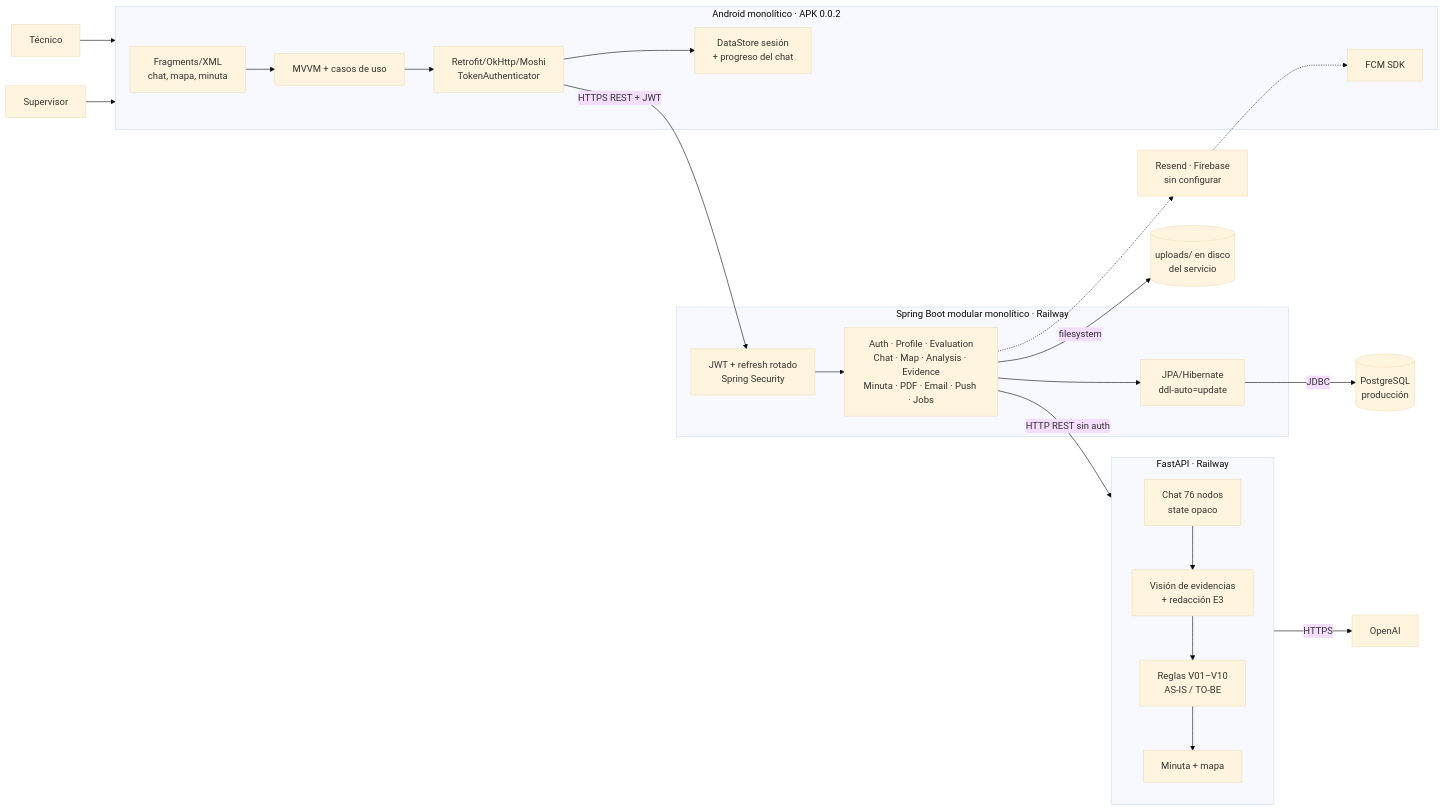
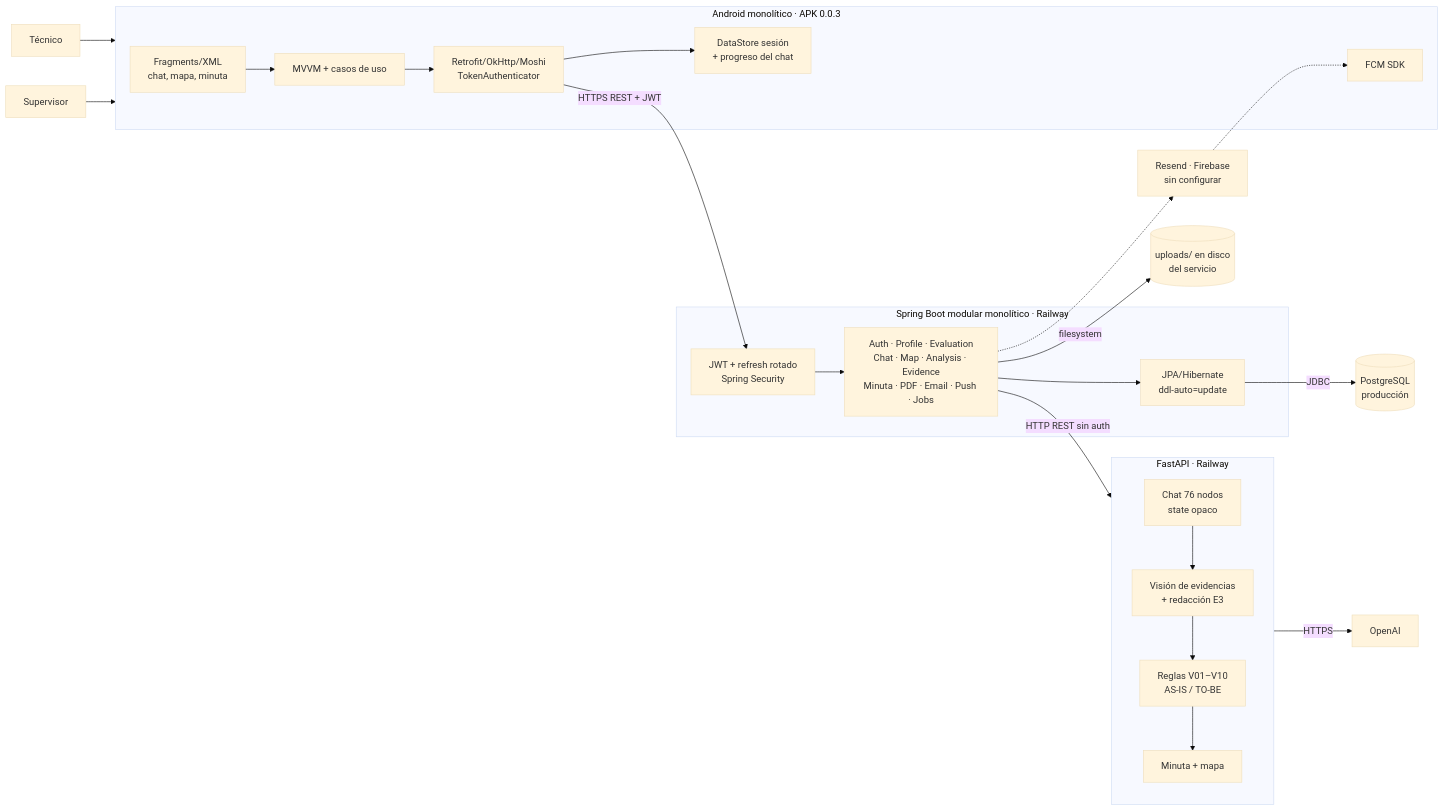
One commit to jagarell/AsistenteRedIDBI changed the diagram in docs/architecture/architecture-as-is.md. Above: the diagram before and after it, drawn with Mermaid (base theme). The commit also changed other lines of this file and 12 other files, not shown here.

````diff
--- a/docs/architecture/architecture-as-is.md
+++ b/docs/architecture/architecture-as-is.md
@@ -7,45 +7,45 @@
 ```mermaid
 flowchart LR
     TECH[Técnico]
     SUP[Supervisor]
 
-    subgraph APP[Android monolítico · APK 0.0.2]
+    subgraph APP[Android monolítico · APK 0.0.3]
         SCREEN[Fragments/XML<br/>chat, mapa, minuta]
         VM[MVVM + casos de uso]
         HTTP[Retrofit/OkHttp/Moshi<br/>TokenAuthenticator]
         DS[DataStore sesión<br/>+ progreso del chat]
         FCMAPP[FCM SDK]
         SCREEN --> VM --> HTTP
         HTTP --> DS
     end
 
     subgraph BACK[Spring Boot modular monolítico · Railway]
         SEC[JWT + refresh rotado<br/>Spring Security]
         MODULES[Auth · Profile · Evaluation<br/>Chat · Map · Analysis · Evidence<br/>Minuta · PDF · Email · Push · Jobs]
         JPA[JPA/Hibernate<br/>ddl-auto=update]
         SEC --> MODULES --> JPA
     end
 
     subgraph IA[FastAPI · Railway]
         CHAT[Chat 76 nodos<br/>state opaco]
         VIS[Visión de evidencias<br/>+ redacción E3]
         RULE[Reglas V01–V10<br/>AS-IS / TO-BE]
         DOC[Minuta + mapa]
         CHAT --> VIS --> RULE --> DOC
     end
 
     DB[(PostgreSQL<br/>producción)]
     FS[(uploads/ en disco<br/>del servicio)]
     OAI[OpenAI]
     OPT[Resend · Firebase<br/>sin configurar]
 
     TECH --> APP
     SUP --> APP
     HTTP -->|HTTPS REST + JWT| SEC
     MODULES -->|HTTP REST sin auth| IA
     JPA -->|JDBC| DB
     MODULES -->|filesystem| FS
     IA -->|HTTPS| OAI
     MODULES -.-> OPT
     OPT -.-> FCMAPP
 ```
````
